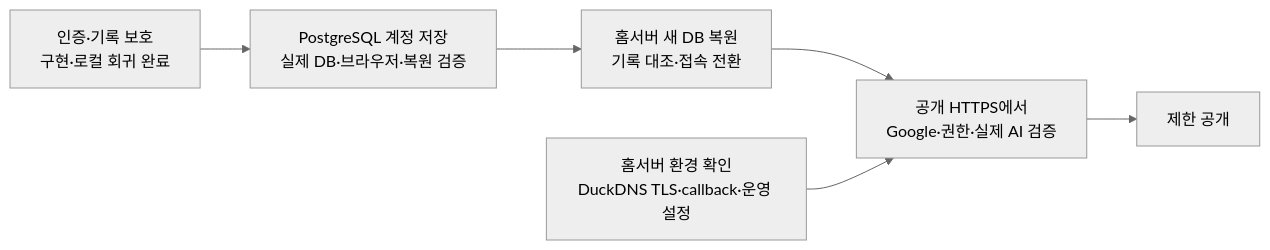
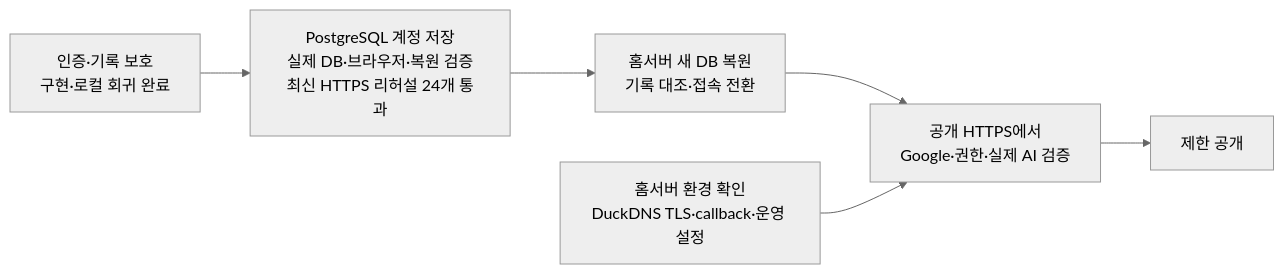
Before and after one commit to ChoHadam/plannet: the first of 2 diagrams in docs/roadmap-status.md, drawn with Mermaid (neutral theme). The commit also changed other lines of this file and 126 other files, not shown here.

````diff
--- a/docs/roadmap-status.md
+++ b/docs/roadmap-status.md
@@ -19,8 +28,8 @@
 ```mermaid
 flowchart LR
-    Done["인증·기록 보호<br/>구현·로컬 회귀 완료"] --> DBWork["PostgreSQL 계정 저장<br/>실제 DB·브라우저·복원 검증"]
+    Done["인증·기록 보호<br/>구현·로컬 회귀 완료"] --> DBWork["PostgreSQL 계정 저장<br/>실제 DB·브라우저·복원 검증<br/>최신 HTTPS 리허설 24개 통과"]
     DBWork --> Move["홈서버 새 DB 복원<br/>기록 대조·접속 전환"]
     Move --> Verify["공개 HTTPS에서<br/>Google·권한·실제 AI 검증"]
     Env["홈서버 환경 확인<br/>DuckDNS TLS·callback·운영 설정"] --> Verify
     Verify --> Launch["제한 공개"]
 ```
````
